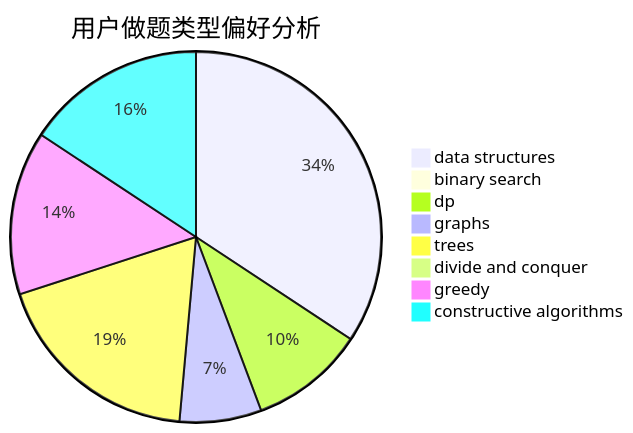
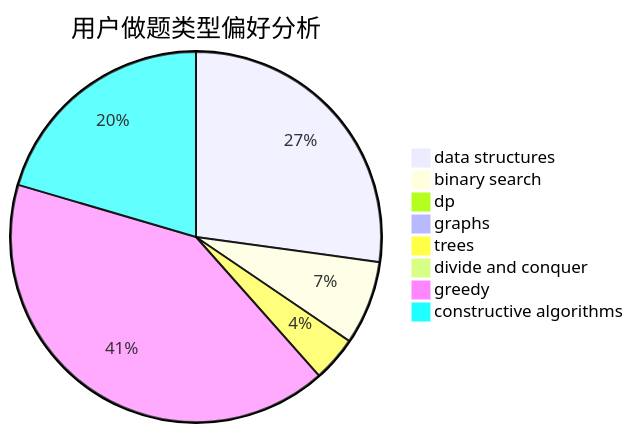
The second of 3 diagrams in docs/user/u1336.md (sherpahu/cfrs.github.io), drawn with Mermaid before and after one commit. The commit also changed other lines of this file and 2770 other files, not shown here.

````diff
--- a/docs/user/u1336.md
+++ b/docs/user/u1336.md
@@ -23,11 +23,11 @@
 ```mermaid
 pie title 用户做题类型偏好分析
-    "data structures" :  24
-    "binary search" :  0
-    "dp" :  7
-    "graphs" :  5
-    "trees" :  13
+    "data structures" :  453
+    "binary search" :  122
+    "dp" :  0
+    "graphs" :  2
+    "trees" :  66
     "divide and conquer" :  0
-    "greedy" :  10
-    "constructive algorithms" :  11
+    "greedy" :  685
+    "constructive algorithms" :  341
 ```
````
